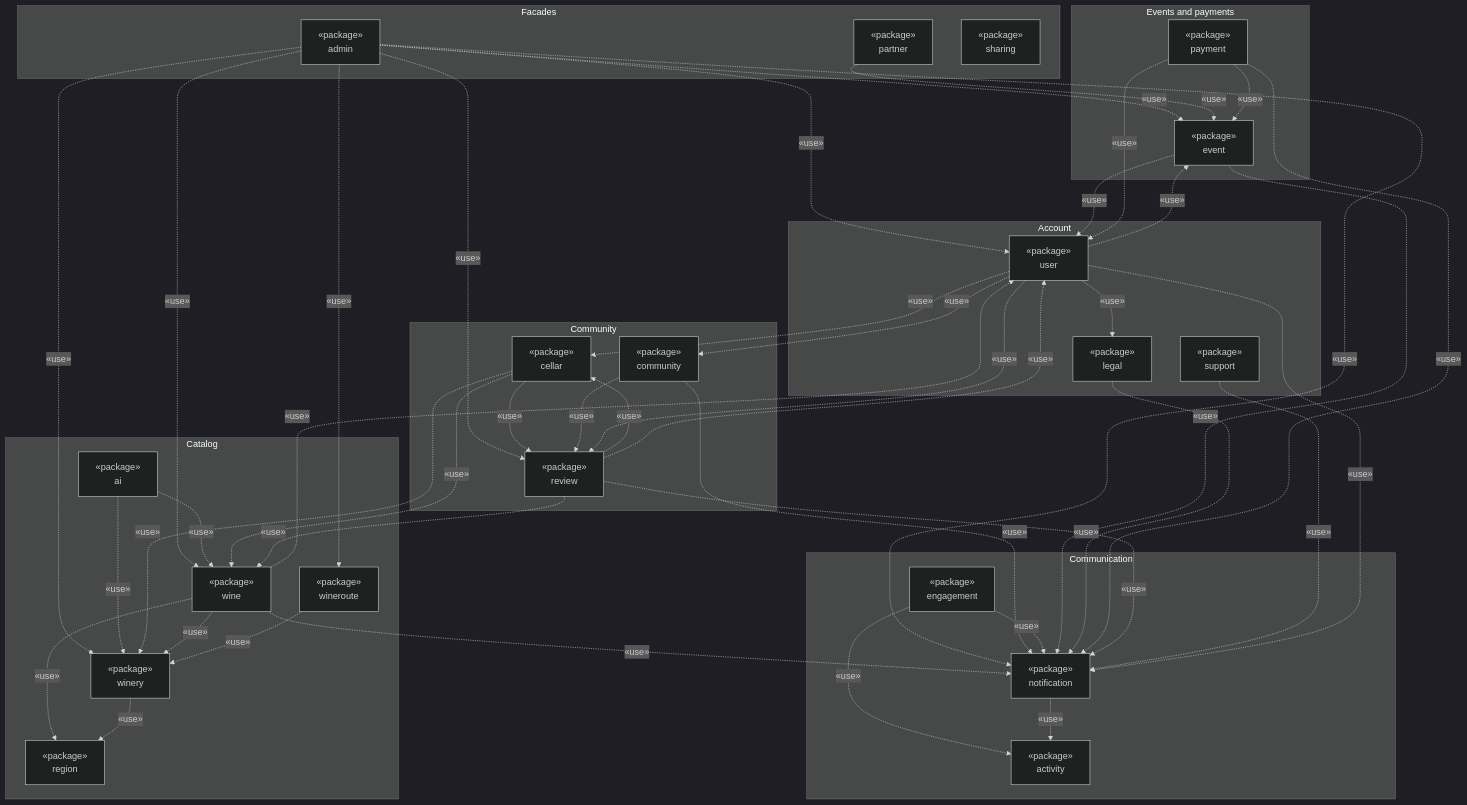
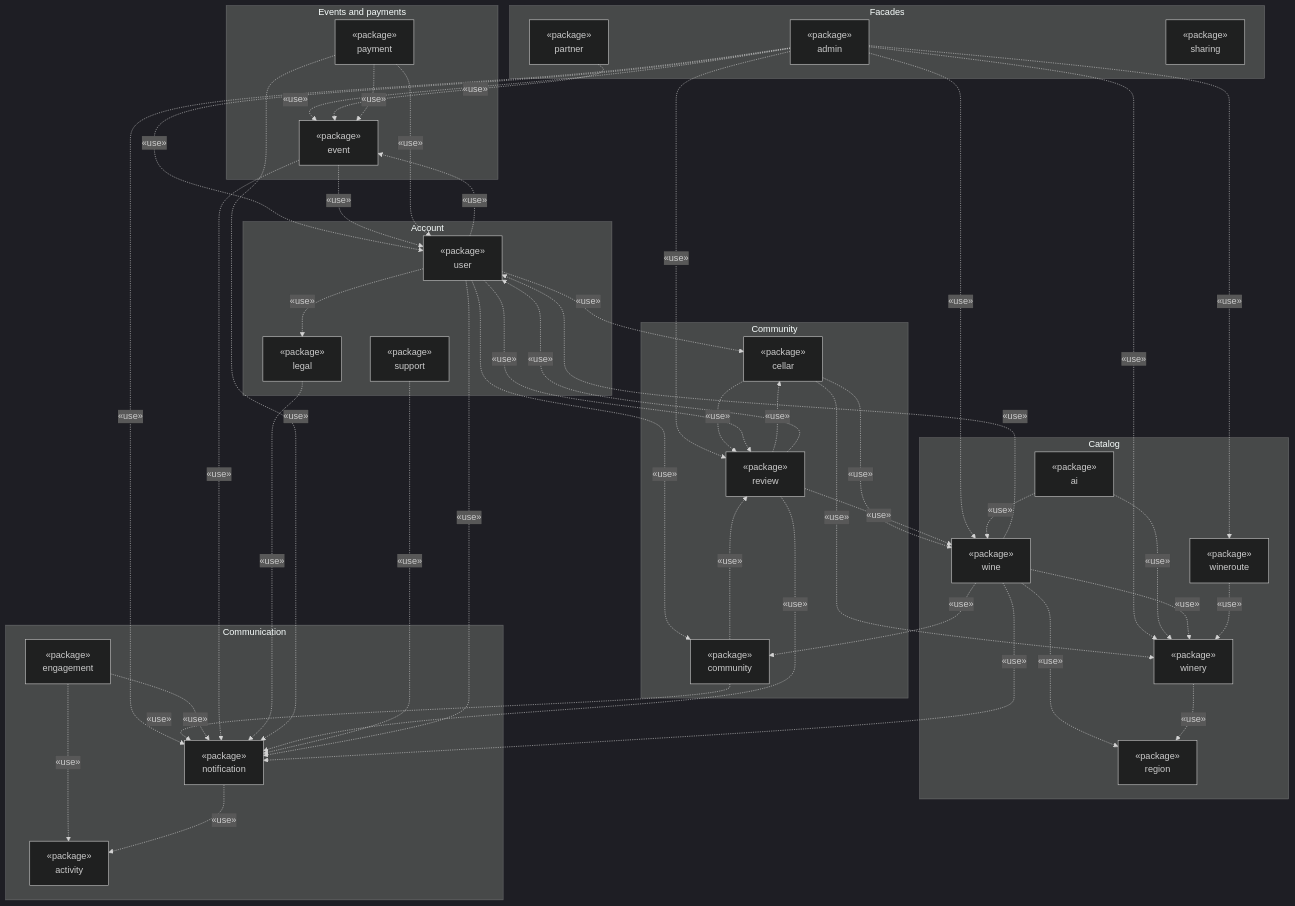
One commit to Bielaszczuk/vinnot-demo changed the first of 3 diagrams in docs/en/backend/architecture/module-boundaries.md. Above: the diagram before and after it, drawn with Mermaid (dark theme). The commit also changed other lines of this file and 218 other files, not shown here.

````diff
--- a/docs/en/backend/architecture/module-boundaries.md
+++ b/docs/en/backend/architecture/module-boundaries.md
@@ -46,76 +46,77 @@
 ```mermaid
 flowchart TB
     subgraph FACADES["Facades"]
         ADMIN["«package»<br/>admin"]
         PARTNER["«package»<br/>partner"]
         SHARING["«package»<br/>sharing"]
     end
     subgraph CATALOG["Catalog"]
         WINE["«package»<br/>wine"]
         WINERY["«package»<br/>winery"]
         REGION["«package»<br/>region"]
         WINEROUTE["«package»<br/>wineroute"]
         AI["«package»<br/>ai"]
     end
     subgraph SOCIAL["Community"]
         REVIEW["«package»<br/>review"]
         CELLAR["«package»<br/>cellar"]
         COMMUNITY["«package»<br/>community"]
     end
     subgraph ACCOUNT["Account"]
         USER["«package»<br/>user"]
         LEGAL["«package»<br/>legal"]
         SUPPORT["«package»<br/>support"]
     end
     subgraph EVENTS["Events and payments"]
         EVENT["«package»<br/>event"]
         PAYMENT["«package»<br/>payment"]
     end
     subgraph COMMS["Communication"]
         NOTIFICATION["«package»<br/>notification"]
         ENGAGEMENT["«package»<br/>engagement"]
         ACTIVITY["«package»<br/>activity"]
     end
 
     ADMIN -.->|«use»| EVENT
     ADMIN -.->|«use»| NOTIFICATION
     ADMIN -.->|«use»| REVIEW
     ADMIN -.->|«use»| USER
     ADMIN -.->|«use»| WINE
     ADMIN -.->|«use»| WINEROUTE
     ADMIN -.->|«use»| WINERY
     PARTNER -.->|«use»| EVENT
     AI -.->|«use»| WINE
     AI -.->|«use»| WINERY
     CELLAR -.->|«use»| REVIEW
     CELLAR -.->|«use»| WINE
     CELLAR -.->|«use»| WINERY
     COMMUNITY -.->|«use»| NOTIFICATION
     COMMUNITY -.->|«use»| REVIEW
     ENGAGEMENT -.->|«use»| ACTIVITY
     ENGAGEMENT -.->|«use»| NOTIFICATION
     EVENT -.->|«use»| NOTIFICATION
     EVENT -.->|«use»| USER
     LEGAL -.->|«use»| NOTIFICATION
     NOTIFICATION -.->|«use»| ACTIVITY
     PAYMENT -.->|«use»| EVENT
     PAYMENT -.->|«use»| NOTIFICATION
     PAYMENT -.->|«use»| USER
     REVIEW -.->|«use»| CELLAR
     REVIEW -.->|«use»| NOTIFICATION
     REVIEW -.->|«use»| USER
     REVIEW -.->|«use»| WINE
     SUPPORT -.->|«use»| NOTIFICATION
     USER -.->|«use»| CELLAR
     USER -.->|«use»| COMMUNITY
     USER -.->|«use»| EVENT
     USER -.->|«use»| LEGAL
     USER -.->|«use»| NOTIFICATION
     USER -.->|«use»| REVIEW
+    WINE -.->|«use»| COMMUNITY
     WINE -.->|«use»| NOTIFICATION
     WINE -.->|«use»| REGION
     WINE -.->|«use»| USER
     WINE -.->|«use»| WINERY
     WINEROUTE -.->|«use»| WINERY
     WINERY -.->|«use»| REGION
 ```
````
